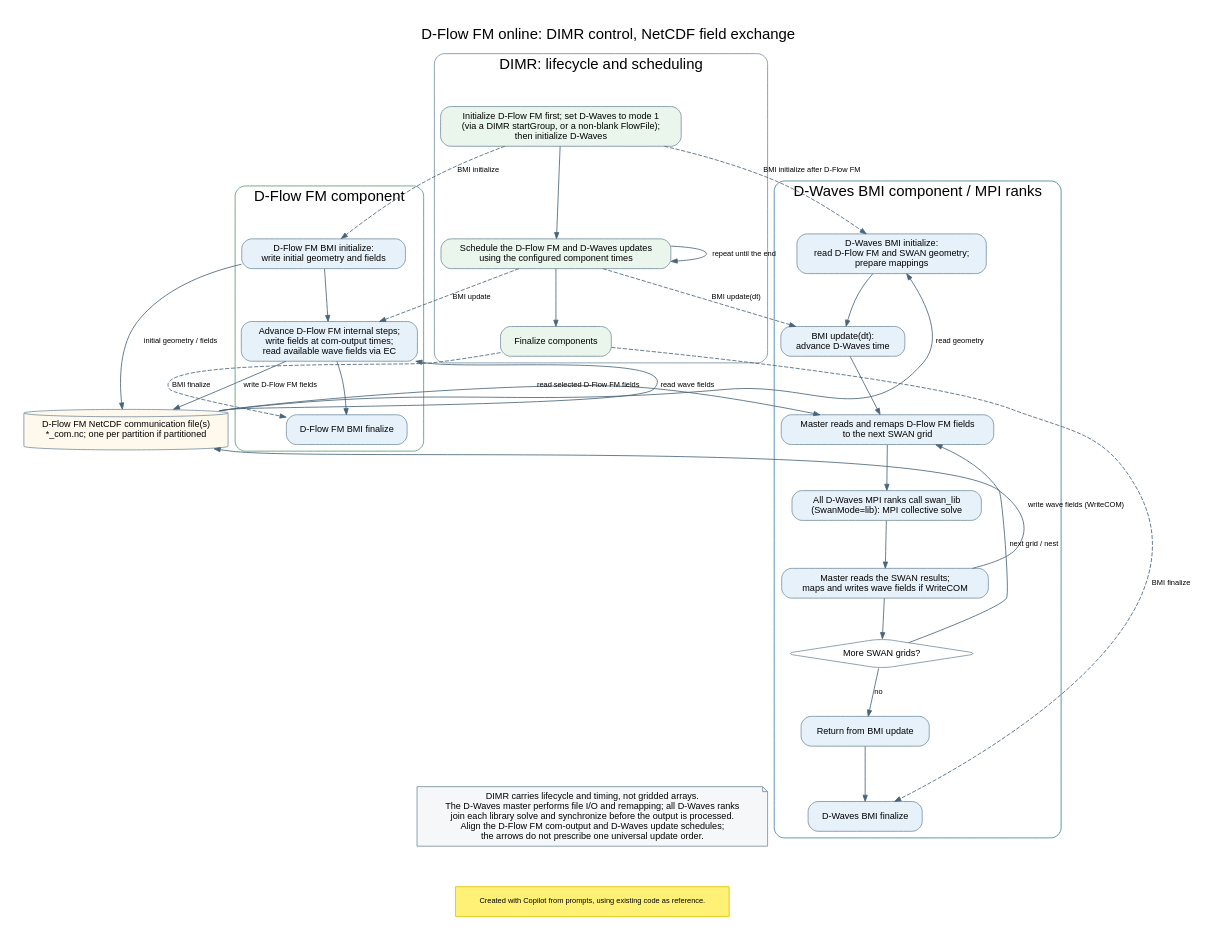
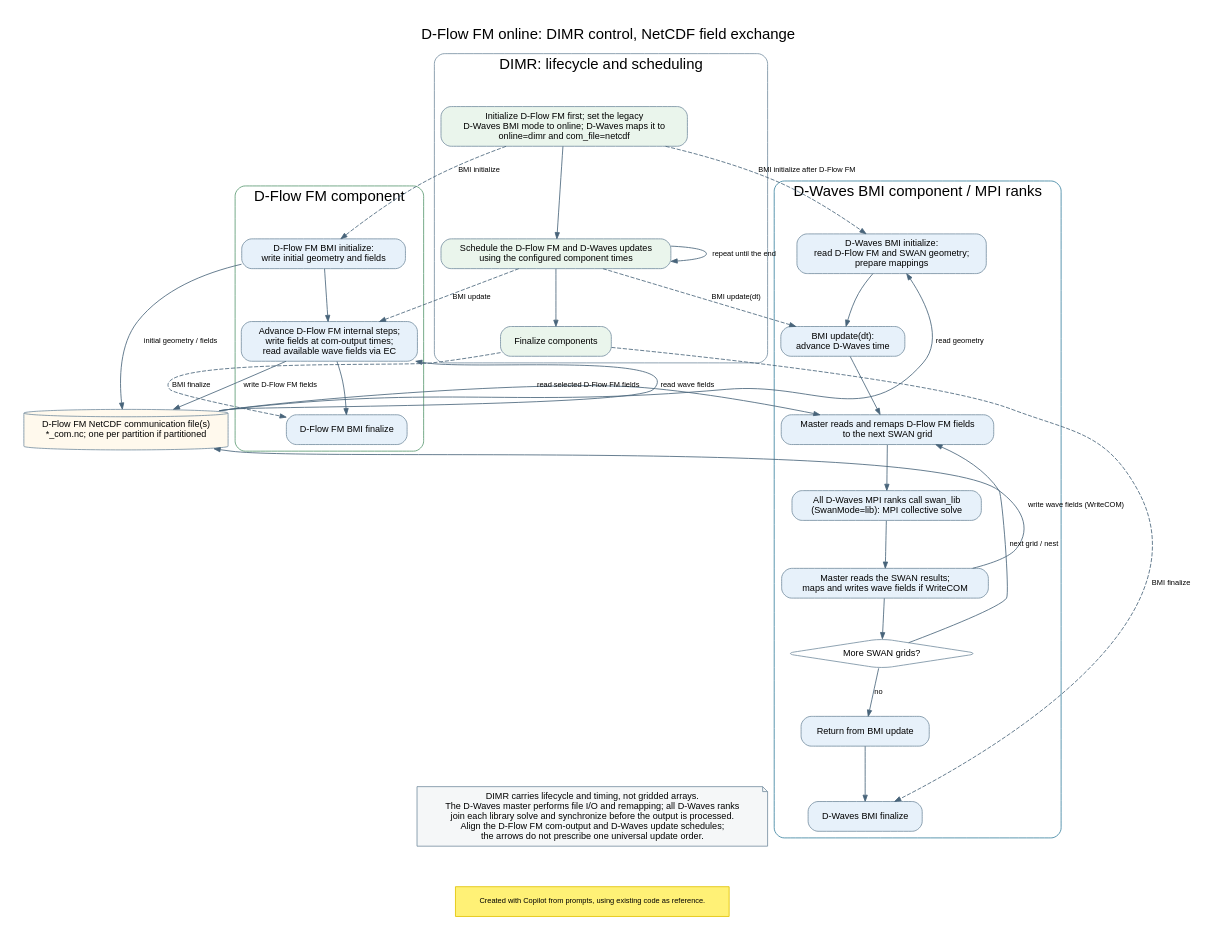
The diagram in src/engines_gpl/wave/docs/include/dwaves_pathway_fm_bmi_detailed.dot (Deltares/Delft3D), drawn with Graphviz before and after one commit. The commit also changed 9 other files, not shown here.

```diff
--- a/src/engines_gpl/wave/docs/include/dwaves_pathway_fm_bmi_detailed.dot
+++ b/src/engines_gpl/wave/docs/include/dwaves_pathway_fm_bmi_detailed.dot
@@ -1,85 +1,85 @@
 digraph fm_communication {
     graph [label="D-Flow FM online: DIMR control, NetCDF field exchange",
            labelloc=t, fontsize=18, fontname="Helvetica", rankdir=TB,
            newrank=true, nodesep=0.6, ranksep=0.65, pad=0.3, bgcolor="white"];
     node [shape=box, style="rounded,filled", fillcolor="#E7F1FA",
           color="#7890A2", fontname="Helvetica", fontsize=11,
           margin="0.15,0.09"];
     edge [fontname="Helvetica", fontsize=9, color="#48647A", arrowsize=0.75];
 
     subgraph cluster_dimr {
         label="DIMR: lifecycle and scheduling";
         color="#7890A2";
         style="rounded";
         dimr_init [fillcolor="#EAF5EC",
-                   label="Initialize D-Flow FM first; set D-Waves to mode 1\n(via a DIMR startGroup, or a non-blank FlowFile);\nthen initialize D-Waves"];
+                   label="Initialize D-Flow FM first; set the legacy\nD-Waves BMI mode to online; D-Waves maps it to\nonline=dimr and com_file=netcdf"];
         dimr_update [fillcolor="#EAF5EC",
                      label="Schedule the D-Flow FM and D-Waves updates\nusing the configured component times"];
         dimr_finish [fillcolor="#EAF5EC", label="Finalize components"];
         dimr_init -> dimr_update -> dimr_finish;
         dimr_update -> dimr_update [label="repeat until the end"];
     }
 
     subgraph cluster_fm {
         label="D-Flow FM component";
         color="#5A9A72";
         style="rounded";
         fm_init [label="D-Flow FM BMI initialize:\nwrite initial geometry and fields"];
         fm_step [label="Advance D-Flow FM internal steps;\nwrite fields at com-output times;\nread available wave fields via EC"];
         fm_finalize [label="D-Flow FM BMI finalize"];
         fm_init -> fm_step -> fm_finalize;
     }
 
     subgraph cluster_wave {
         label="D-Waves BMI component / MPI ranks";
         color="#3B82A0";
         style="rounded";
         wave_init [label="D-Waves BMI initialize:\nread D-Flow FM and SWAN geometry;\nprepare mappings"];
         wave_update [label="BMI update(dt):\nadvance D-Waves time"];
         fields_in [label="Master reads and remaps D-Flow FM fields\nto the next SWAN grid"];
         swan [label="All D-Waves MPI ranks call swan_lib\n(SwanMode=lib): MPI collective solve"];
         fields_out [label="Master reads the SWAN results;\nmaps and writes wave fields if WriteCOM"];
         more_grids [shape=diamond, fillcolor="white",
                     label="More SWAN grids?"];
         return_update [label="Return from BMI update"];
         wave_finalize [label="D-Waves BMI finalize"];
         wave_init -> wave_update -> fields_in -> swan -> fields_out -> more_grids;
         more_grids -> fields_in [label="next grid / nest", constraint=false];
         more_grids -> return_update [label="no"];
         return_update -> wave_finalize;
     }
 
     com [shape=cylinder, fillcolor="#FFF9ED",
          label="D-Flow FM NetCDF communication file(s)\n*_com.nc; one per partition if partitioned"];
 
     dimr_init -> fm_init [style=dashed, label="BMI initialize"];
     dimr_init -> wave_init [style=dashed, label="BMI initialize after D-Flow FM"];
     dimr_update -> fm_step [style=dashed, label="BMI update"];
     dimr_update -> wave_update [style=dashed, label="BMI update(dt)"];
     dimr_finish -> fm_finalize [style=dashed, label="BMI finalize", constraint=false];
     dimr_finish -> wave_finalize [style=dashed, label="BMI finalize", constraint=false];
 
     fm_init -> com [label="initial geometry / fields"];
     fm_step -> com [label="write D-Flow FM fields"];
     com -> wave_init [label="read geometry", constraint=false];
     com -> fields_in [label="read selected D-Flow FM fields"];
     fields_out -> com [label="write wave fields (WriteCOM)", constraint=false];
     com -> fm_step [label="read wave fields", constraint=false];
 
     {rank=min; dimr_init;}
     {rank=same; fm_init; wave_init;}
     {rank=same; fm_step; wave_update;}
     {rank=same; fields_in; com;}
     fm_init -> wave_init [style=invis, weight=30];
     fm_step -> wave_update [style=invis, weight=30];
 
     note [shape=note, fillcolor="#F5F7F8",
           label="DIMR carries lifecycle and timing, not gridded arrays.\nThe D-Waves master performs file I/O and remapping; all D-Waves ranks\njoin each library solve and synchronize before the output is processed.\nAlign the D-Flow FM com-output and D-Waves update schedules;\nthe arrows do not prescribe one universal update order."];
     return_update -> note [style=invis];
 
     diagram_credit [shape=box, style=filled, fillcolor="#FFF176", color="#E0C200",
                     fontname="Helvetica", fontsize=9, margin="0.12,0.06",
                     label="Created with Copilot from prompts, using existing code as reference."];
     {rank=sink; diagram_credit;}
     note -> diagram_credit [style=invis];
 }
```
